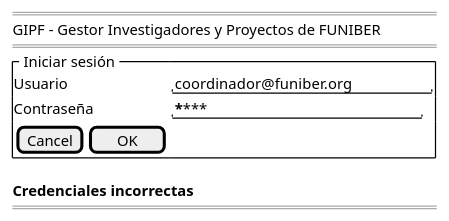
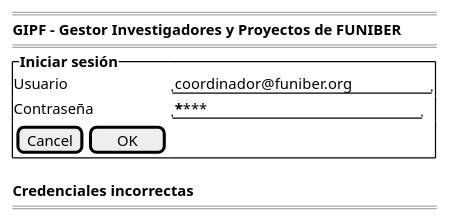
The second of 3 diagrams in documents/casosDeUso/detalle/coordinador/00-autenticacion/iniciarSesion/prototipo/prototipo.puml (31Diego/25-26-IdSw1-SdR), drawn with PlantUML before and after one commit. The commit also changed other lines of this file and 16 other files, not shown here.

```diff
--- a/documents/casosDeUso/detalle/coordinador/00-autenticacion/iniciarSesion/prototipo/prototipo.puml
+++ b/documents/casosDeUso/detalle/coordinador/00-autenticacion/iniciarSesion/prototipo/prototipo.puml
@@ -16,16 +16,16 @@
 @startsalt iniciarSesion-credenciales-incorrectas-wireframe
 {
     ====
-    GIPF - Gestor Investigadores y Proyectos de FUNIBER
+    <b>GIPF - Gestor Investigadores y Proyectos de FUNIBER
     ====
-    {^" Iniciar sesión "
+    {^<b>Iniciar sesión
         Usuario    | "coordinador@funiber.org   "
         Contraseña | "********                 "
         {
             [Cancel] | [  OK   ]
         }
     }
     **Credenciales incorrectas**
     ====
 }
 @endsalt
```
